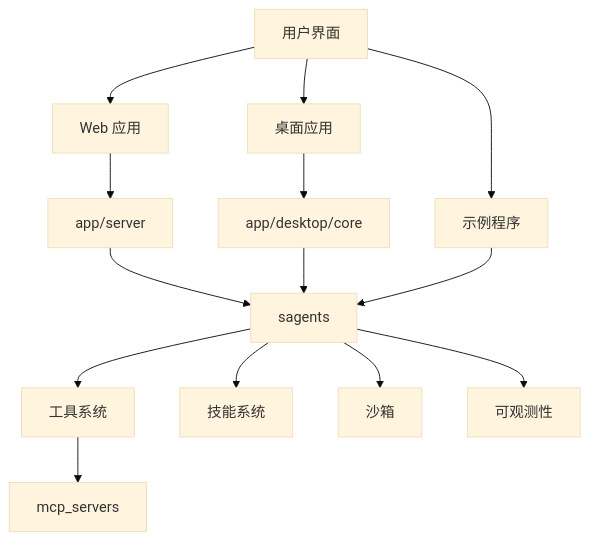
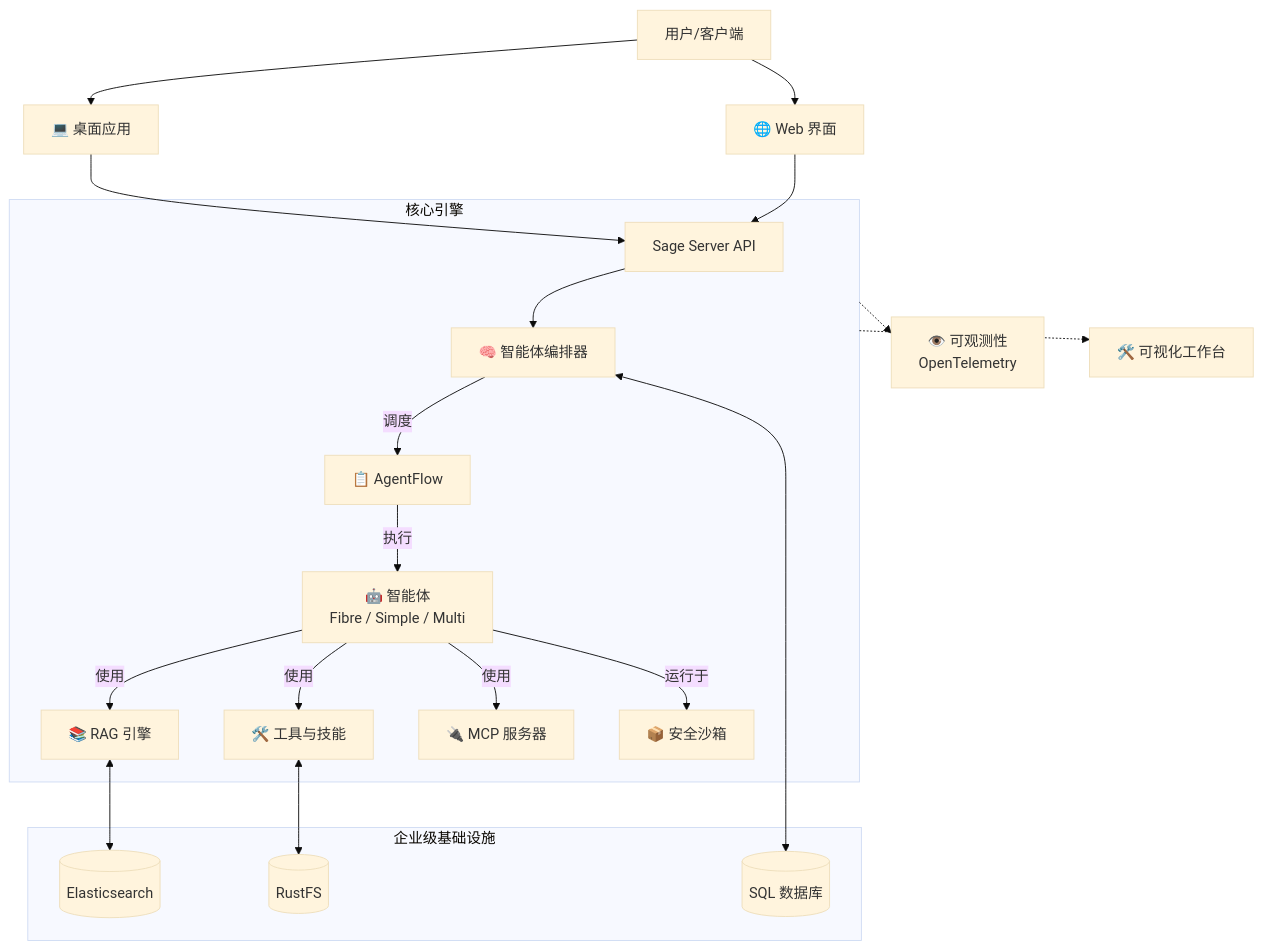
One commit to ZHangZHengEric/Sage changed the diagram in README_CN.md. Above: the diagram before and after it, drawn with Mermaid (base theme). The commit also changed other lines of this file and 1 other file, not shown here.

````diff
--- a/README_CN.md
+++ b/README_CN.md
@@ -169,16 +149,26 @@
 ```mermaid
-flowchart TD
-    User[用户界面] --> Web[Web 应用]
-    User --> Desktop[桌面应用]
-    User --> Examples[示例程序]
-    Web --> Server[app/server]
-    Desktop --> DesktopCore[app/desktop/core]
-    Server --> Runtime[sagents]
-    DesktopCore --> Runtime
-    Examples --> Runtime
-    Runtime --> Tools[工具系统]
-    Runtime --> Skills[技能系统]
-    Runtime --> Sandbox[沙箱]
-    Runtime --> Obs[可观测性]
-    Tools --> MCP[mcp_servers]
+graph TD
+    User[用户/客户端] --> Desktop[💻 桌面应用]
+    User --> Web[🌐 Web 界面]
+    Desktop --> API[Sage Server API]
+    Web --> API
+    
+    subgraph Core[核心引擎]
+        API --> Orch[🧠 智能体编排器]
+        Orch -- "调度" --> Flow[📋 AgentFlow]
+        Flow -- "执行" --> Agents["🤖 智能体<br/>Fibre / Simple / Multi"]
+        Agents -- "使用" --> RAG[📚 RAG 引擎]
+        Agents -- "使用" --> Tools[🛠️ 工具与技能]
+        Agents -- "使用" --> MCP[🔌 MCP 服务器]
+        Agents -- "运行于" --> Box[📦 安全沙箱]
+    end
+
+    subgraph Infra[企业级基础设施]
+        RAG <--> ES[(Elasticsearch)]
+        Tools <--> RustFS[(RustFS)]
+        Orch <--> DB[(SQL 数据库)]
+    end
+    
+    Core -.-> Obs["👁️ 可观测性<br/>OpenTelemetry"]
+    Core -.-> Workbench["🛠️ 可视化工作台"]
 ```
````
